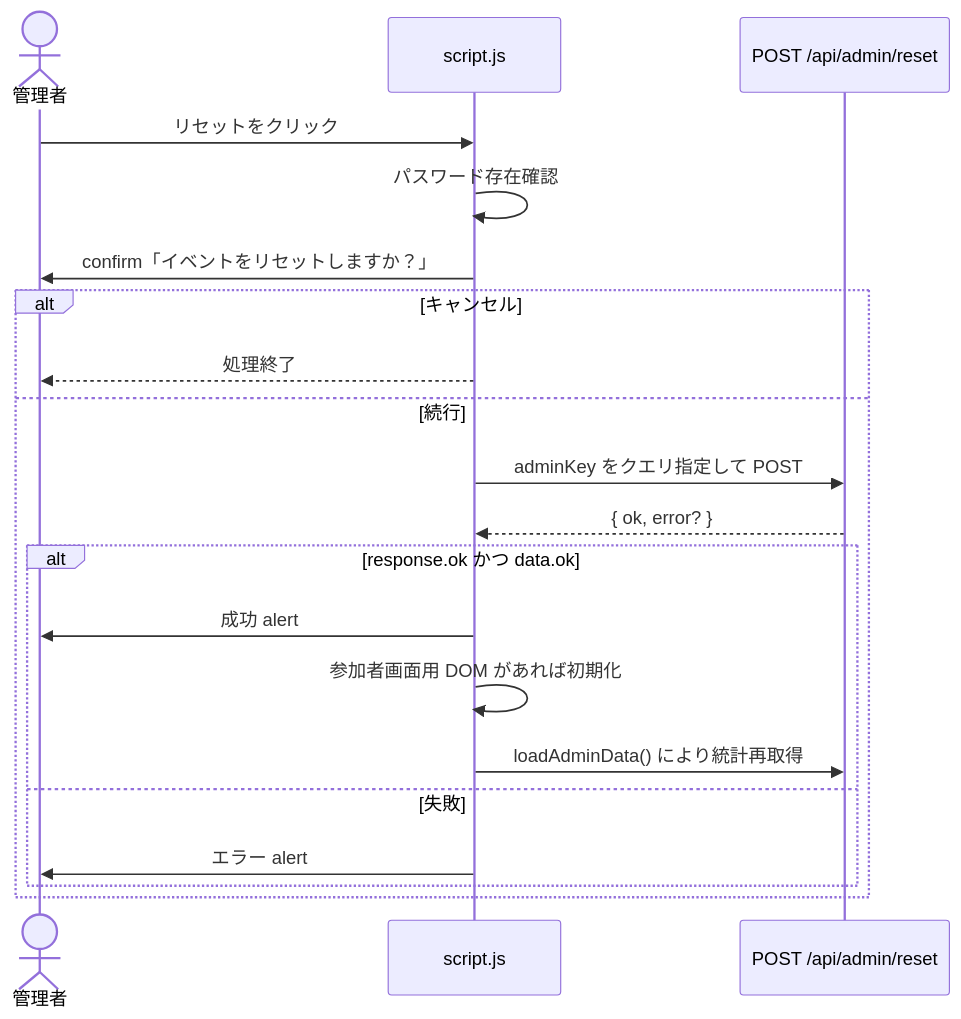
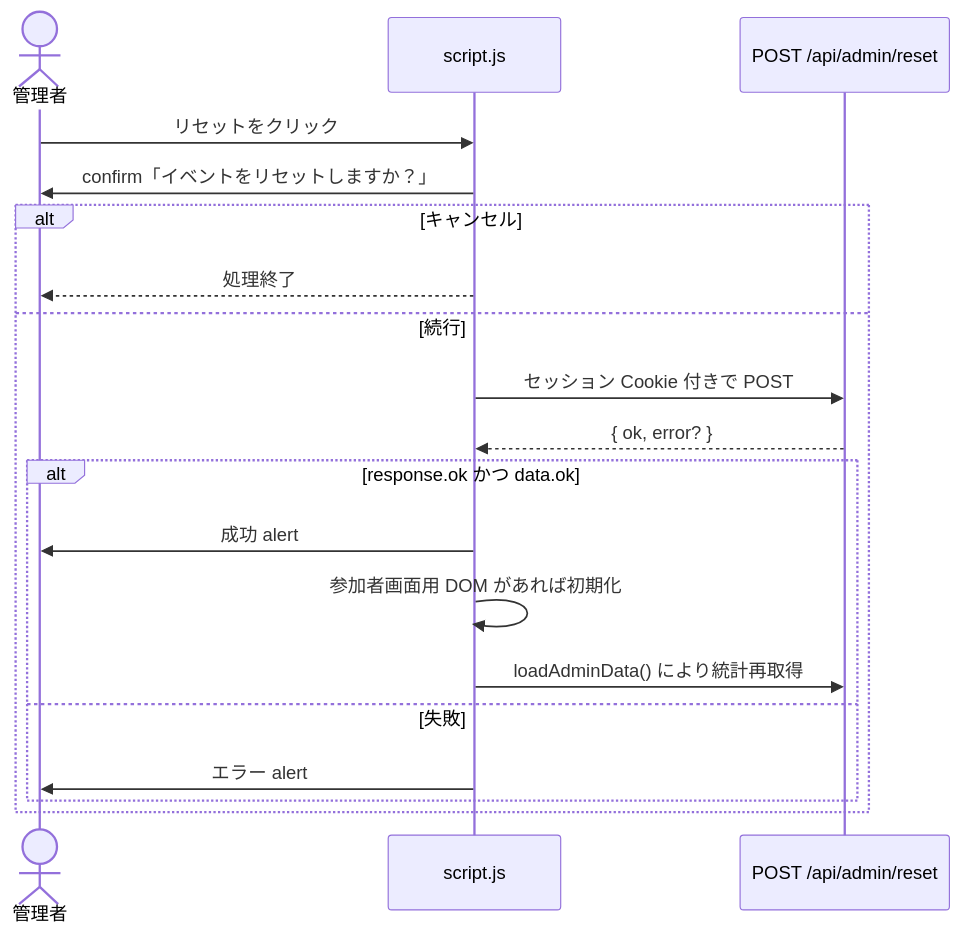
The third of 3 diagrams in docs/detailed-design.md (mahya8585/lottery), drawn with Mermaid before and after one commit. The commit also changed other lines of this file and 6 other files, not shown here.

Commit message:
Move admin auth from URL query param to POST login with secure session cookie

````diff
--- a/docs/detailed-design.md
+++ b/docs/detailed-design.md
@@ -129,23 +130,22 @@
 ```mermaid
 sequenceDiagram
     actor Admin as 管理者
     participant JS as script.js
     participant API as POST /api/admin/reset
 
     Admin->>JS: リセットをクリック
-    JS->>JS: パスワード存在確認
     JS->>Admin: confirm「イベントをリセットしますか？」
     alt キャンセル
         JS-->>Admin: 処理終了
     else 続行
-        JS->>API: adminKey をクエリ指定して POST
+        JS->>API: セッション Cookie 付きで POST
         API-->>JS: { ok, error? }
         alt response.ok かつ data.ok
             JS->>Admin: 成功 alert
             JS->>JS: 参加者画面用 DOM があれば初期化
             JS->>API: loadAdminData() により統計再取得
         else 失敗
             JS->>Admin: エラー alert
         end
     end
 ```
````
